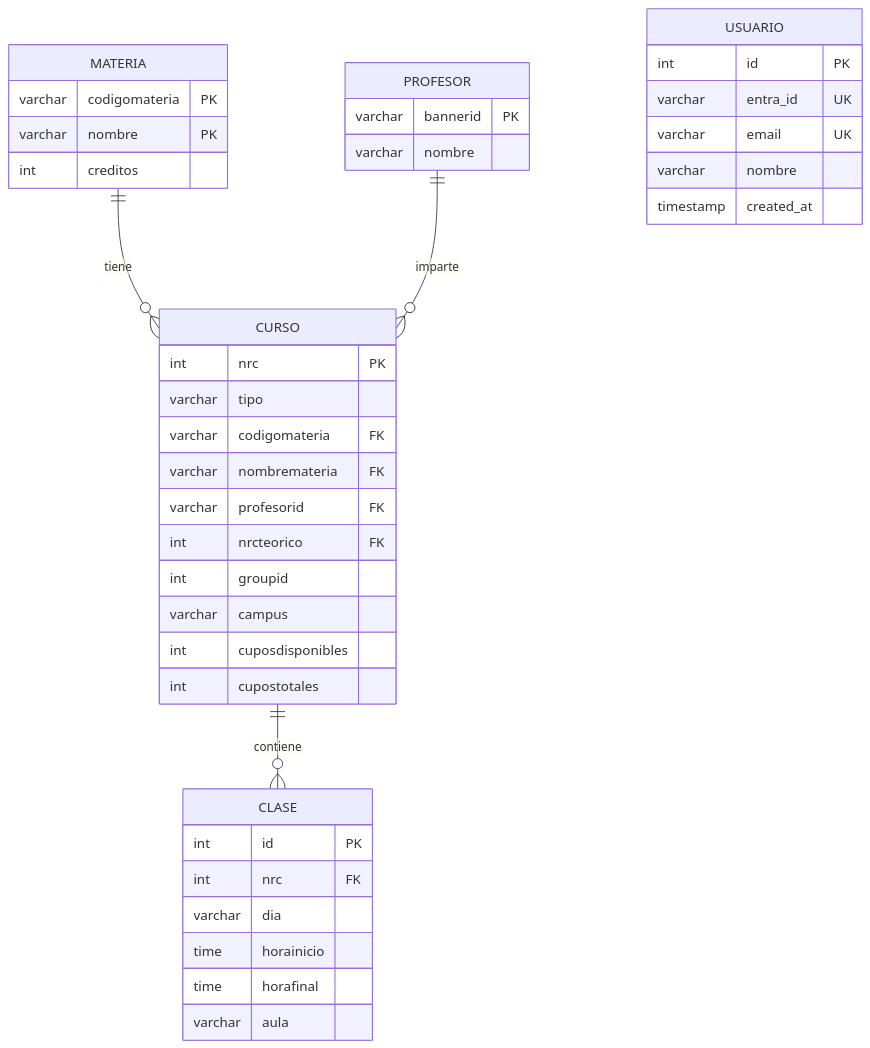
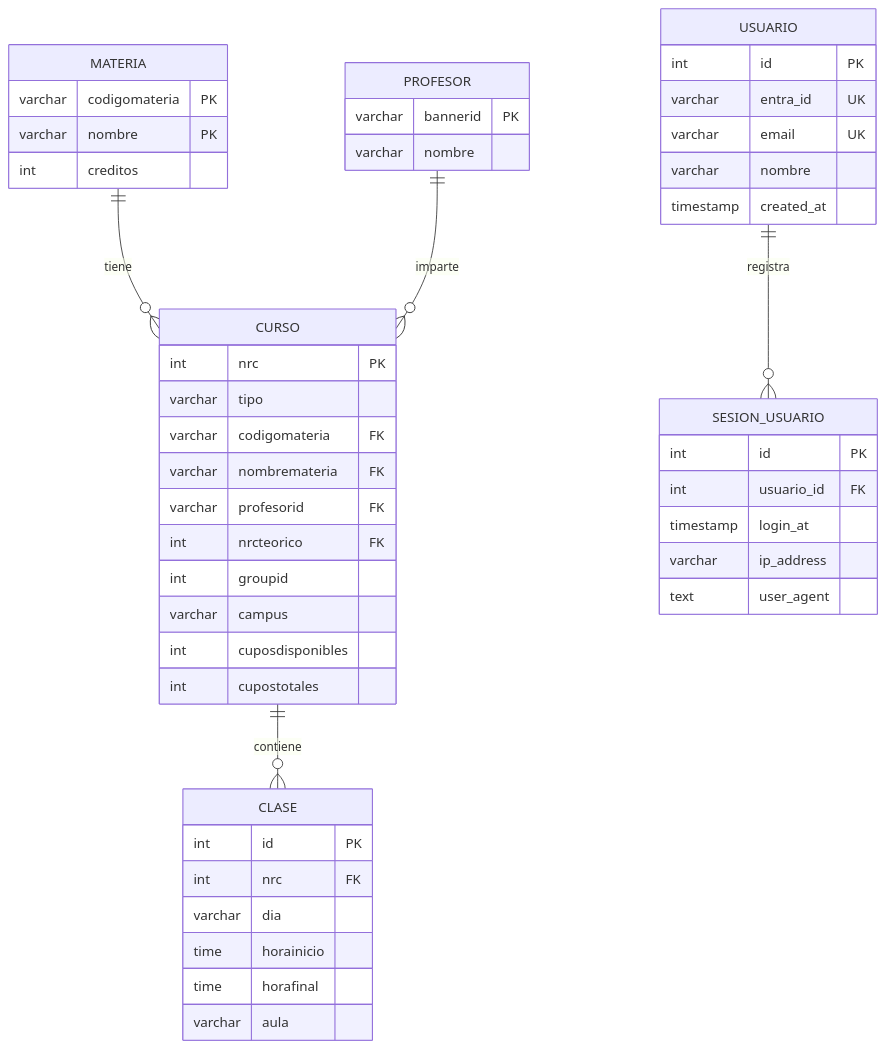
The first of 2 diagrams in docs/modelo_datos.md (ISCOUTB/DH-ScheduleGeneratorUTB), drawn with Mermaid before and after one commit. The commit also changed other lines of this file and 10 other files, not shown here.

````diff
--- a/docs/modelo_datos.md
+++ b/docs/modelo_datos.md
@@ -14,47 +14,57 @@
 ```mermaid
 erDiagram
     MATERIA ||--o{ CURSO : tiene
     PROFESOR ||--o{ CURSO : imparte
     CURSO ||--o{ CLASE : contiene
 
     MATERIA {
         varchar codigomateria PK
         varchar nombre PK
         int creditos
     }
 
     CURSO {
         int nrc PK
         varchar tipo
         varchar codigomateria FK
         varchar nombremateria FK
         varchar profesorid FK
         int nrcteorico FK
         int groupid
         varchar campus
         int cuposdisponibles
         int cupostotales
     }
 
     CLASE {
         int id PK
         int nrc FK
         varchar dia
         time horainicio
         time horafinal
         varchar aula
     }
 
     PROFESOR {
         varchar bannerid PK
         varchar nombre
     }
 
     USUARIO {
         int id PK
         varchar entra_id UK
         varchar email UK
         varchar nombre
         timestamp created_at
     }
+
+    USUARIO ||--o{ SESION_USUARIO : registra
+
+    SESION_USUARIO {
+        int id PK
+        int usuario_id FK
+        timestamp login_at
+        varchar ip_address
+        text user_agent
+    }
 ```
````
